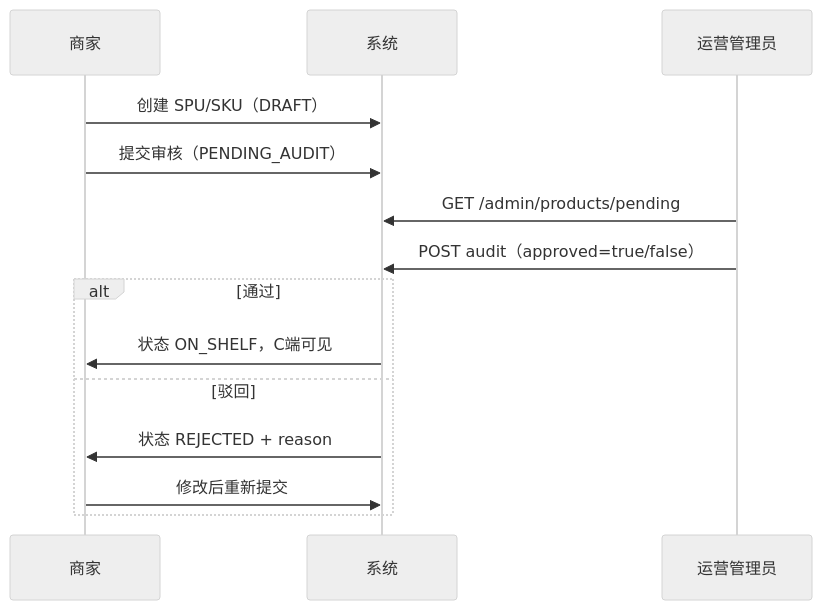
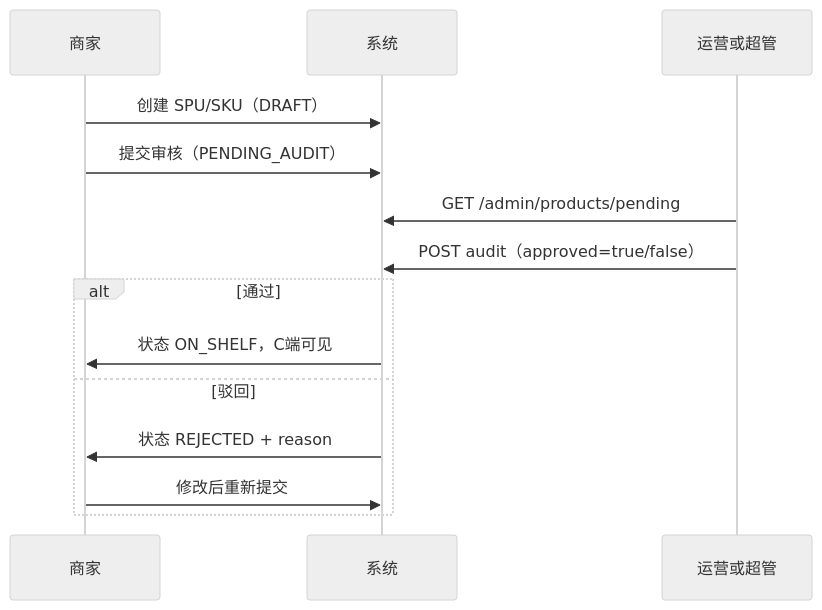
The second of 2 diagrams in docs/domain/ADMIN.md (HMirror123456/ecommerce-platform), drawn with Mermaid (neutral theme) before and after one commit. The commit also changed other lines of this file and 18 other files, not shown here.

````diff
--- a/docs/domain/ADMIN.md
+++ b/docs/domain/ADMIN.md
@@ -75,17 +84,17 @@
 ```mermaid
 sequenceDiagram
     participant M as 商家
     participant S as 系统
-    participant A as 运营管理员
+    participant A as 运营或超管
 
     M->>S: 创建 SPU/SKU（DRAFT）
     M->>S: 提交审核（PENDING_AUDIT）
     A->>S: GET /admin/products/pending
     A->>S: POST audit（approved=true/false）
     alt 通过
         S->>M: 状态 ON_SHELF，C端可见
     else 驳回
         S->>M: 状态 REJECTED + reason
         M->>S: 修改后重新提交
     end
 ```
````
